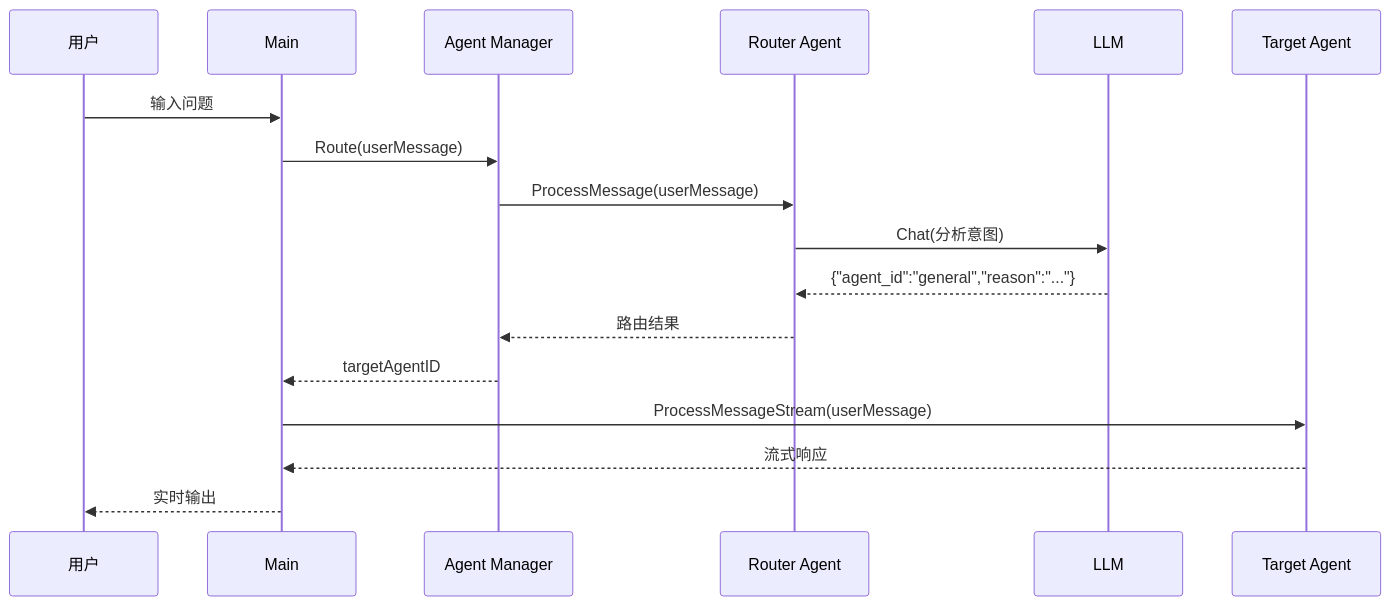
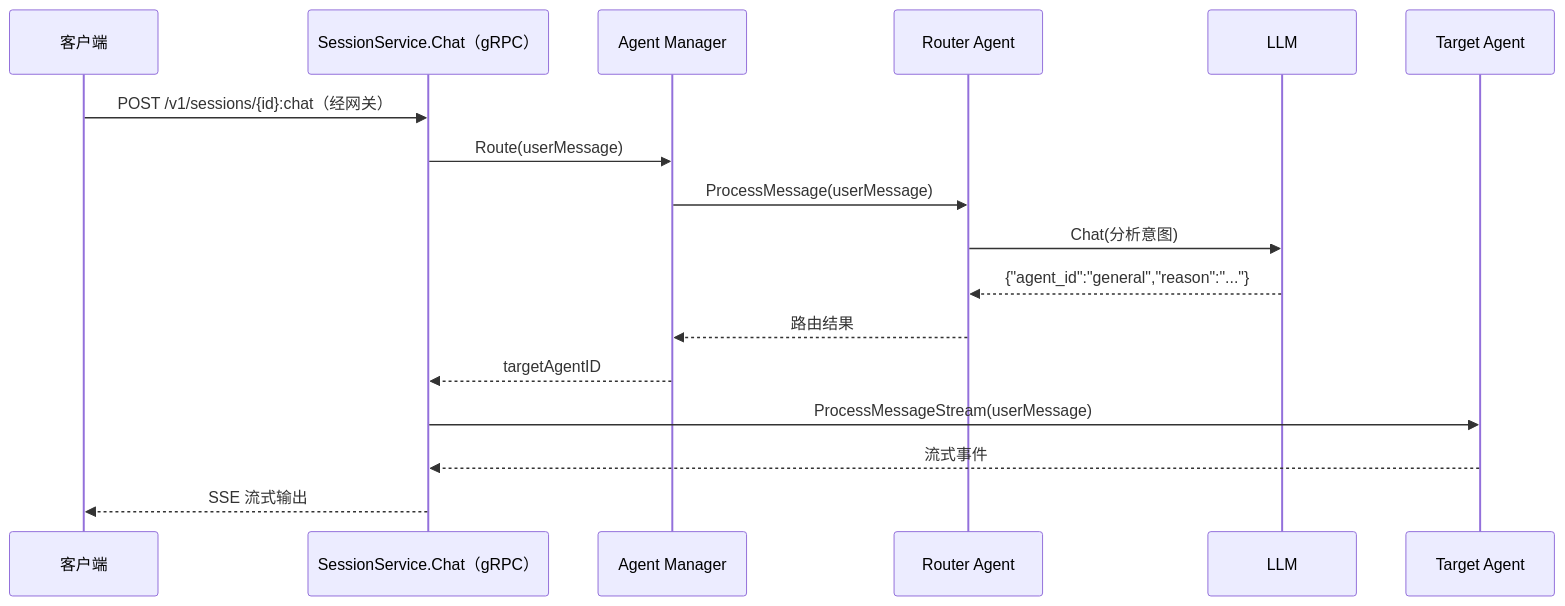
One commit to hwanyan/agently changed the third of 5 diagrams in README.md. Above: the diagram before and after it, drawn with Mermaid. The commit also changed other lines of this file and 24 other files, not shown here.

````diff
--- a/README.md
+++ b/README.md
@@ -352,20 +405,20 @@
 ```mermaid
 sequenceDiagram
-    participant U as 用户
-    participant M as Main
+    participant U as 客户端
+    participant S as SessionService.Chat（gRPC）
     participant AM as Agent Manager
     participant IR as Router Agent
     participant LLM as LLM
     participant TA as Target Agent
 
-    U->>M: 输入问题
-    M->>AM: Route(userMessage)
+    U->>S: POST /v1/sessions/{id}:chat（经网关）
+    S->>AM: Route(userMessage)
     AM->>IR: ProcessMessage(userMessage)
     IR->>LLM: Chat(分析意图)
     LLM-->>IR: {"agent_id":"general","reason":"..."}
     IR-->>AM: 路由结果
-    AM-->>M: targetAgentID
-    M->>TA: ProcessMessageStream(userMessage)
-    TA-->>M: 流式响应
-    M-->>U: 实时输出
+    AM-->>S: targetAgentID
+    S->>TA: ProcessMessageStream(userMessage)
+    TA-->>S: 流式事件
+    S-->>U: SSE 流式输出
 ```
````
